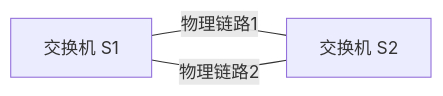
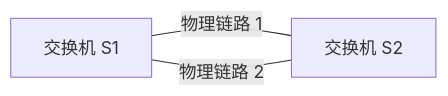
One commit to 74262195/system-architect-notes changed the first of 3 diagrams in 01_综合知识/01_计算机系统基础知识/03_计算机网络/04_局域网与二层技术/STP与链路聚合.md. Above: the diagram before and after it, drawn with Mermaid. The commit also changed other lines of this file, not shown here.

````diff
--- a/01_综合知识/01_计算机系统基础知识/03_计算机网络/04_局域网与二层技术/STP与链路聚合.md
+++ b/01_综合知识/01_计算机系统基础知识/03_计算机网络/04_局域网与二层技术/STP与链路聚合.md
@@ -46,5 +36,5 @@
 ```mermaid
 flowchart LR
-    S1[交换机 S1] ---|物理链路1| S2[交换机 S2]
-    S1 ---|物理链路2| S2
+    S1[交换机 S1] ---|物理链路 1| S2[交换机 S2]
+    S1 ---|物理链路 2| S2
 ```
````
